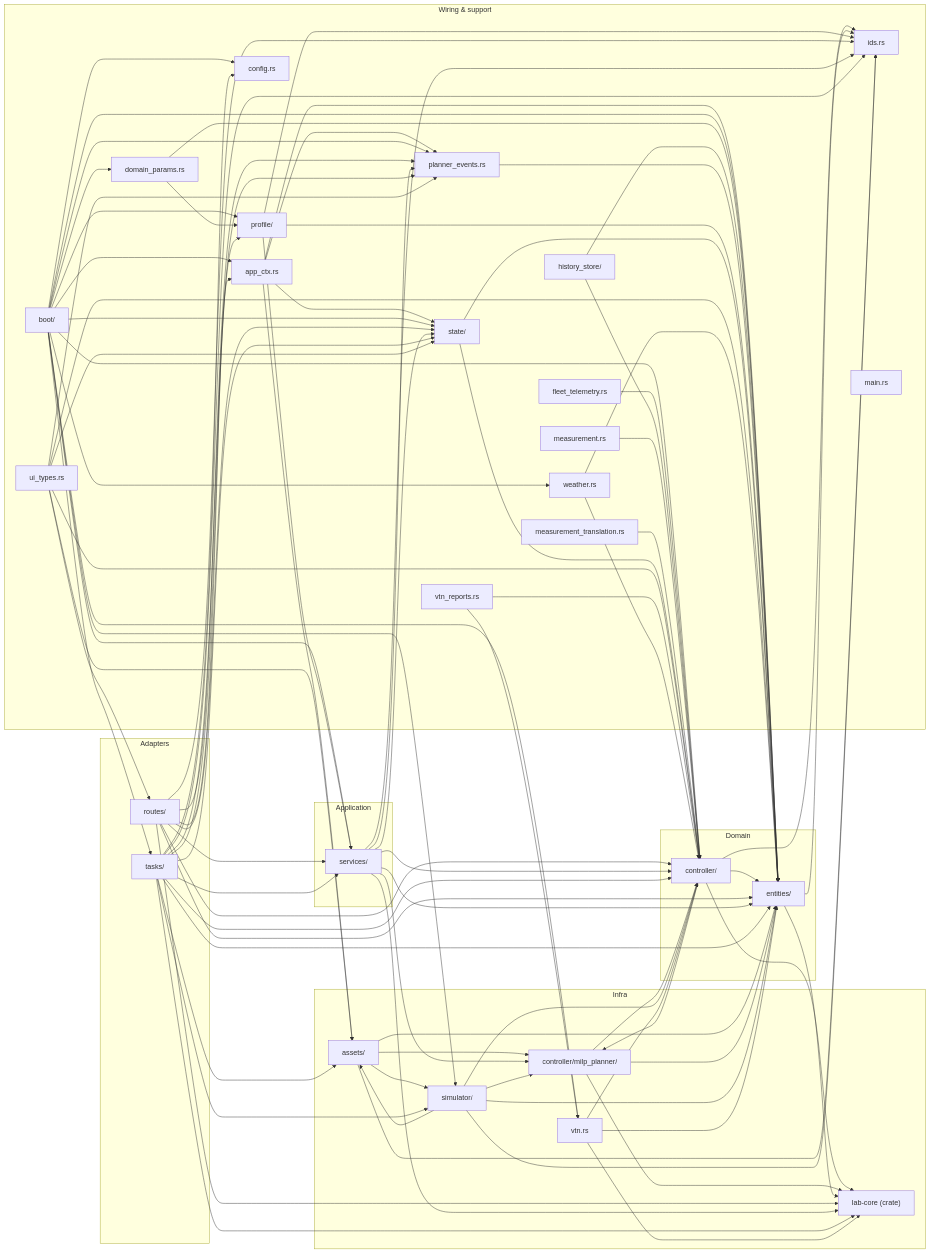
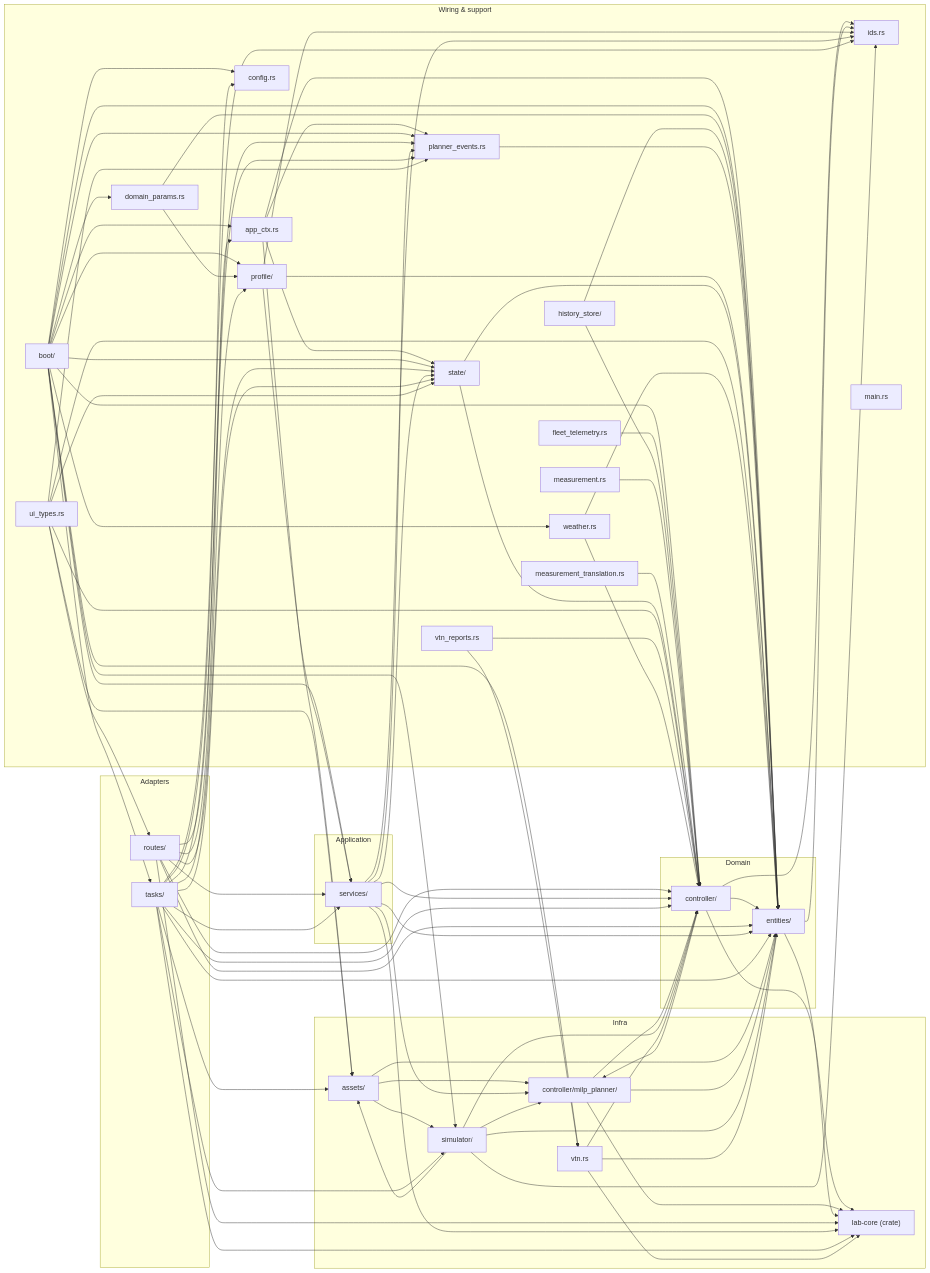
The second of 2 diagrams in docs/architecture/module_dependency_graph.md (TinkerPhu/OpenAdr-Lab), drawn with Mermaid before and after one commit. The commit also changed 58 other files, not shown here.

```diff
--- a/docs/architecture/module_dependency_graph.md
+++ b/docs/architecture/module_dependency_graph.md
@@ -225,7 +225,6 @@
   M_app_ctx --> M_state
   M_assets --> M_controller_milp_planner
   M_assets --> M_entities
-  M_assets --> M_ids
   M_assets --> M_simulator
   M_boot --> M_app_ctx
   M_boot --> M_config
@@ -263,7 +262,6 @@
   M_routes --> M_app_ctx
   M_routes --> M_controller
   M_routes --> M_entities
-  M_routes --> M_ids
   M_routes --> M_lab_core
   M_routes --> M_planner_events
   M_routes --> M_services
```
